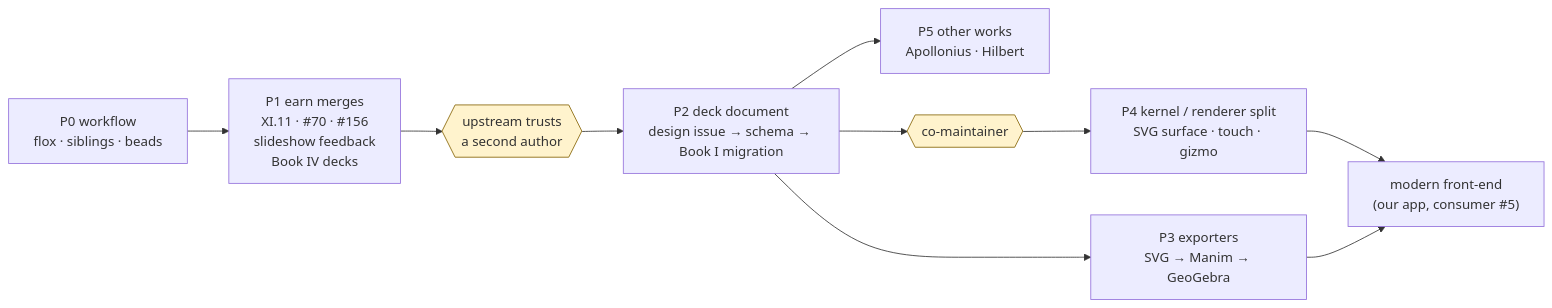
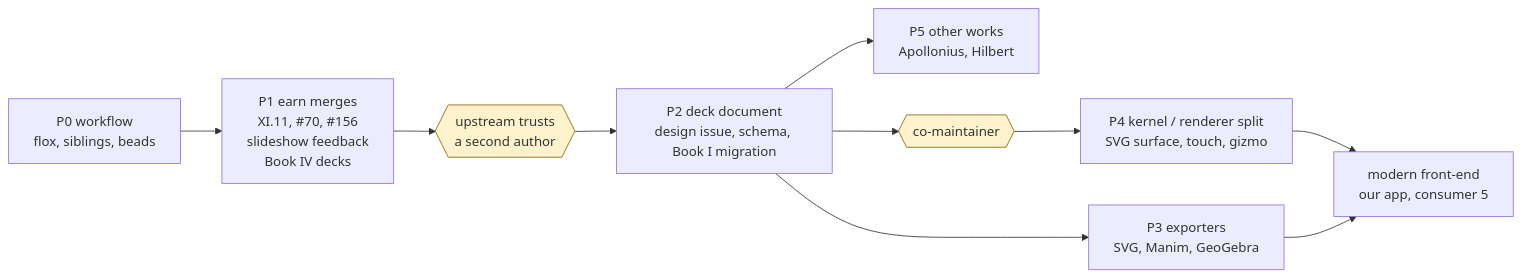
One commit to imkarrer/preservation-workbench changed the fifth of 5 diagrams in docs/architecture.md. Above: the diagram before and after it, drawn with Mermaid. The commit also changed other lines of this file, not shown here.

Commit message:
architecture.md: strip HTML entities, quoted labels, braces and the LR subgraph id so GitHub Mermaid renders

````diff
--- a/docs/architecture.md
+++ b/docs/architecture.md
@@ -100,14 +100,14 @@
 ```mermaid
 flowchart LR
-    P0["P0 workflow<br/>flox · siblings · beads"] --> P1
-    P1["P1 earn merges<br/>XI.11 · #70 · #156<br/>slideshow feedback<br/>Book IV decks"] --> G1{{"upstream trusts<br/>a second author"}}
-    G1 --> P2["P2 deck document<br/>design issue → schema → Book I migration"]
-    P2 --> P3["P3 exporters<br/>SVG → Manim → GeoGebra"]
-    P2 --> P5["P5 other works<br/>Apollonius · Hilbert"]
-    P2 --> G2{{"co-maintainer"}}
-    G2 --> P4["P4 kernel / renderer split<br/>SVG surface · touch · gizmo"]
-    P4 --> M["modern front-end<br/>(our app, consumer #5)"]
+    P0[P0 workflow<br/>flox, siblings, beads] --> P1
+    P1[P1 earn merges<br/>XI.11, #70, #156<br/>slideshow feedback<br/>Book IV decks] --> G1{{upstream trusts<br/>a second author}}
+    G1 --> P2[P2 deck document<br/>design issue, schema, Book I migration]
+    P2 --> P3[P3 exporters<br/>SVG, Manim, GeoGebra]
+    P2 --> P5[P5 other works<br/>Apollonius, Hilbert]
+    P2 --> G2{{co-maintainer}}
+    G2 --> P4[P4 kernel / renderer split<br/>SVG surface, touch, gizmo]
+    P4 --> M[modern front-end<br/>our app, consumer 5]
     P3 --> M
     style G1 fill:#fff3cd,stroke:#856404
     style G2 fill:#fff3cd,stroke:#856404
 ```
````
